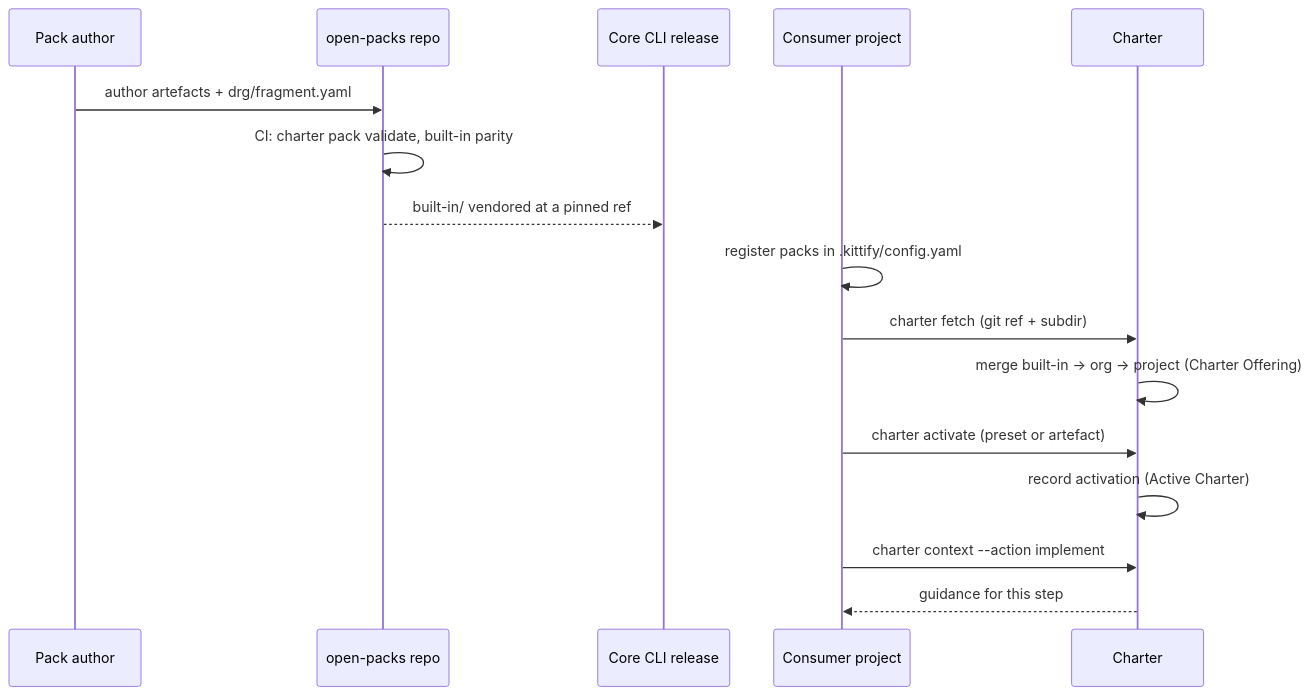
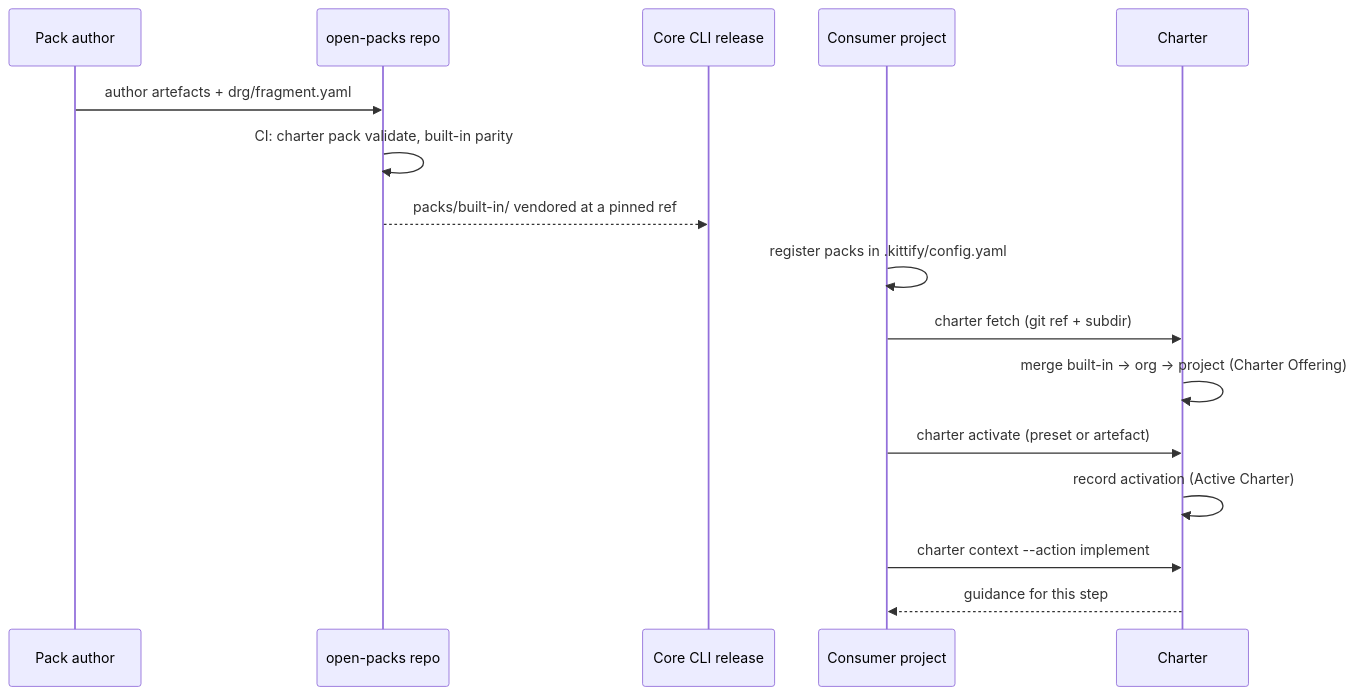
One commit to spec-kitty/spec-kitty-open-packs changed the diagram in docs/architecture/overview.md. Above: the diagram before and after it, drawn with Mermaid. The commit also changed other lines of this file and 517 other files, not shown here.

First line of the commit message:
refactor(built-in): move the built-in pack under packs/

````diff
--- a/docs/architecture/overview.md
+++ b/docs/architecture/overview.md
@@ -33,18 +33,18 @@
 ```mermaid
 sequenceDiagram
   participant A as Pack author
   participant R as open-packs repo
   participant C as Core CLI release
   participant P as Consumer project
   participant Ch as Charter
   A->>R: author artefacts + drg/fragment.yaml
   R->>R: CI: charter pack validate, built-in parity
-  R-->>C: built-in/ vendored at a pinned ref
+  R-->>C: packs/built-in/ vendored at a pinned ref
   P->>P: register packs in .kittify/config.yaml
   P->>Ch: charter fetch (git ref + subdir)
   Ch->>Ch: merge built-in → org → project (Charter Offering)
   P->>Ch: charter activate (preset or artefact)
   Ch->>Ch: record activation (Active Charter)
   P->>Ch: charter context --action implement
   Ch-->>P: guidance for this step
 ```
````
